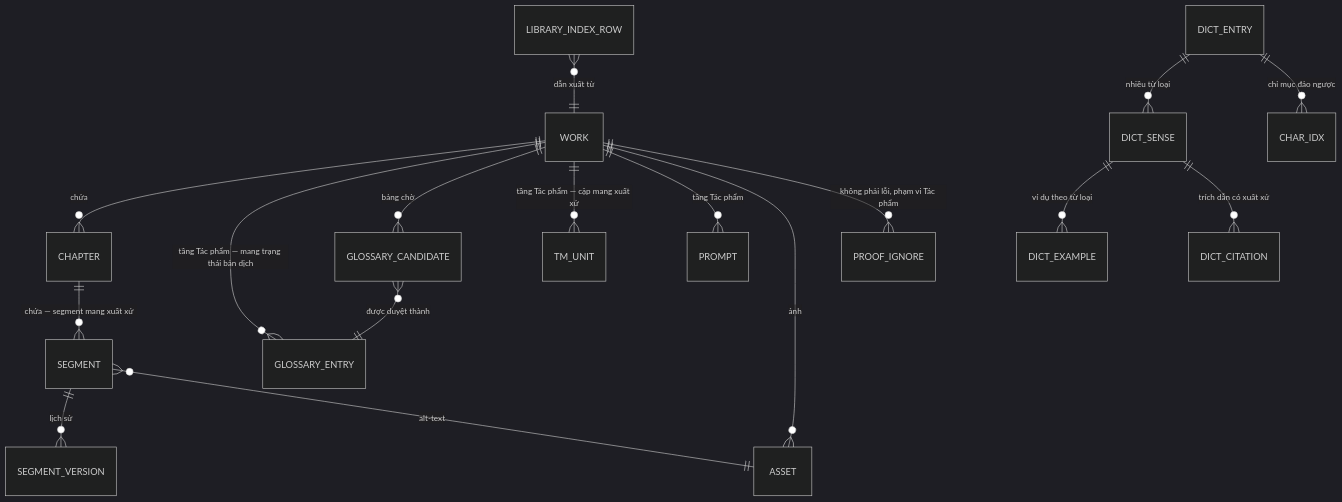
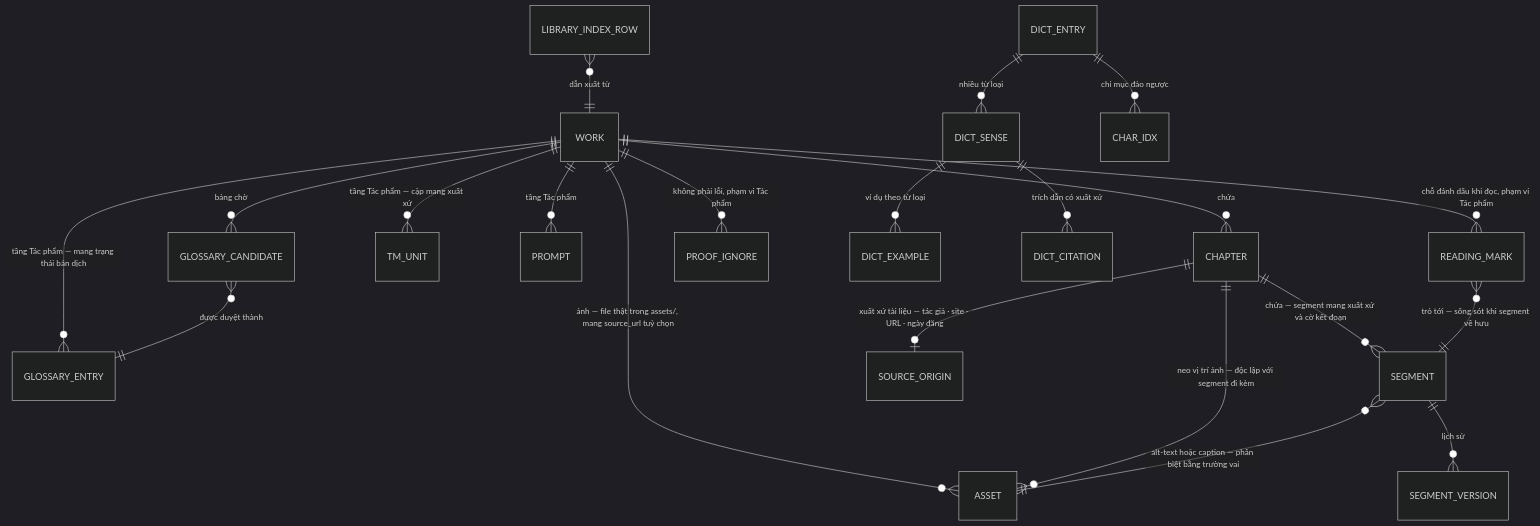
One commit to vannamhh/AuraTranslate changed the fourth of 4 diagrams in _bmad-output/planning-artifacts/architecture/architecture-AuraTranslate-2026-08-02/ARCHITECTURE-SPINE.md. Above: the diagram before and after it, drawn with Mermaid (dark theme). The commit also changed other lines of this file and 16 other files, not shown here.

````diff
--- a/_bmad-output/planning-artifacts/architecture/architecture-AuraTranslate-2026-08-02/ARCHITECTURE-SPINE.md
+++ b/_bmad-output/planning-artifacts/architecture/architecture-AuraTranslate-2026-08-02/ARCHITECTURE-SPINE.md
@@ -453,19 +622,23 @@
 ```mermaid
 erDiagram
   WORK ||--o{ CHAPTER : "chứa"
   WORK ||--o{ GLOSSARY_ENTRY : "tầng Tác phẩm — mang trạng thái bản dịch"
   WORK ||--o{ GLOSSARY_CANDIDATE : "bảng chờ"
   WORK ||--o{ TM_UNIT : "tầng Tác phẩm — cặp mang xuất xứ"
   WORK ||--o{ PROMPT : "tầng Tác phẩm"
-  WORK ||--o{ ASSET : "ảnh"
-  CHAPTER ||--o{ SEGMENT : "chứa — segment mang xuất xứ"
+  WORK ||--o{ ASSET : "ảnh — file thật trong assets/, mang source_url tuỳ chọn"
+  CHAPTER ||--o{ ASSET : "neo vị trí ảnh — độc lập với segment đi kèm"
+  CHAPTER ||--o{ SEGMENT : "chứa — segment mang xuất xứ và cờ kết đoạn"
+  CHAPTER ||--o| SOURCE_ORIGIN : "xuất xứ tài liệu — tác giả · site · URL · ngày đăng"
+  WORK ||--o{ READING_MARK : "chỗ đánh dấu khi đọc, phạm vi Tác phẩm"
+  READING_MARK }o--|| SEGMENT : "trỏ tới — sống sót khi segment về hưu"
   SEGMENT ||--o{ SEGMENT_VERSION : "lịch sử"
   WORK ||--o{ PROOF_IGNORE : "không phải lỗi, phạm vi Tác phẩm"
-  SEGMENT }o--|| ASSET : "alt-text"
+  SEGMENT }o--|| ASSET : "alt-text hoặc caption — phân biệt bằng trường vai"
   GLOSSARY_CANDIDATE }o--|| GLOSSARY_ENTRY : "được duyệt thành"
   DICT_ENTRY ||--o{ DICT_SENSE : "nhiều từ loại"
   DICT_SENSE ||--o{ DICT_EXAMPLE : "ví dụ theo từ loại"
   DICT_SENSE ||--o{ DICT_CITATION : "trích dẫn có xuất xứ"
   DICT_ENTRY ||--o{ CHAR_IDX : "chỉ mục đảo ngược"
   LIBRARY_INDEX_ROW }o--|| WORK : "dẫn xuất từ"
 ```
````
